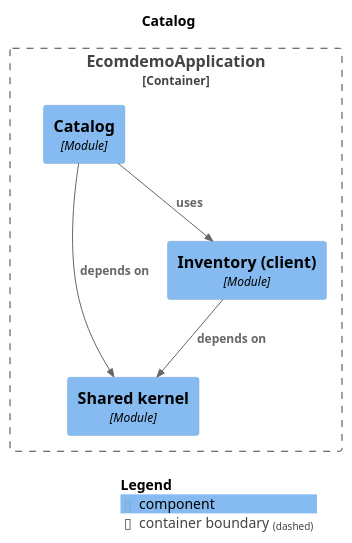
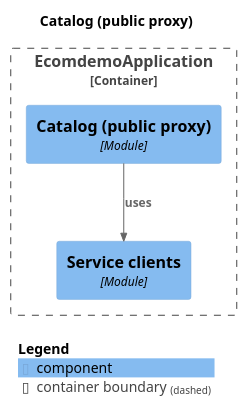
One commit to mr-sujay-patil/ecomdemo changed the diagram in docs/modules/module-catalog.puml. Above: the diagram before and after it, drawn with PlantUML. The commit also changed 91 other files, not shown here.

First line of the commit message:
feat(catalog): extract catalog-service, taking the cache with it

```diff
--- a/docs/modules/module-catalog.puml
+++ b/docs/modules/module-catalog.puml
@@ -1,22 +1,19 @@
 @startuml
 set separator none
-title Catalog
+title Catalog (public proxy)
 
 top to bottom direction
 
 !include <C4/C4>
 !include <C4/C4_Context>
 !include <C4/C4_Component>
 
 Container_Boundary("EcomdemoApplication.EcomdemoApplication_boundary", "EcomdemoApplication", $tags="") {
-  Component(EcomdemoApplication.EcomdemoApplication.Catalog, "Catalog", $techn="Module", $descr="", $tags="", $link="")
-  Component(EcomdemoApplication.EcomdemoApplication.Sharedkernel, "Shared kernel", $techn="Module", $descr="", $tags="", $link="")
-  Component(EcomdemoApplication.EcomdemoApplication.Inventoryclient, "Inventory (client)", $techn="Module", $descr="", $tags="", $link="")
+  Component(EcomdemoApplication.EcomdemoApplication.Catalogpublicproxy, "Catalog (public proxy)", $techn="Module", $descr="", $tags="", $link="")
+  Component(EcomdemoApplication.EcomdemoApplication.Serviceclients, "Service clients", $techn="Module", $descr="", $tags="", $link="")
 }
 
-Rel(EcomdemoApplication.EcomdemoApplication.Catalog, EcomdemoApplication.EcomdemoApplication.Inventoryclient, "uses", $techn="", $tags="", $link="")
-Rel(EcomdemoApplication.EcomdemoApplication.Catalog, EcomdemoApplication.EcomdemoApplication.Sharedkernel, "depends on", $techn="", $tags="", $link="")
-Rel(EcomdemoApplication.EcomdemoApplication.Inventoryclient, EcomdemoApplication.EcomdemoApplication.Sharedkernel, "depends on", $techn="", $tags="", $link="")
+Rel(EcomdemoApplication.EcomdemoApplication.Catalogpublicproxy, EcomdemoApplication.EcomdemoApplication.Serviceclients, "uses", $techn="", $tags="", $link="")
 
 SHOW_LEGEND(true)
 @enduml
```
